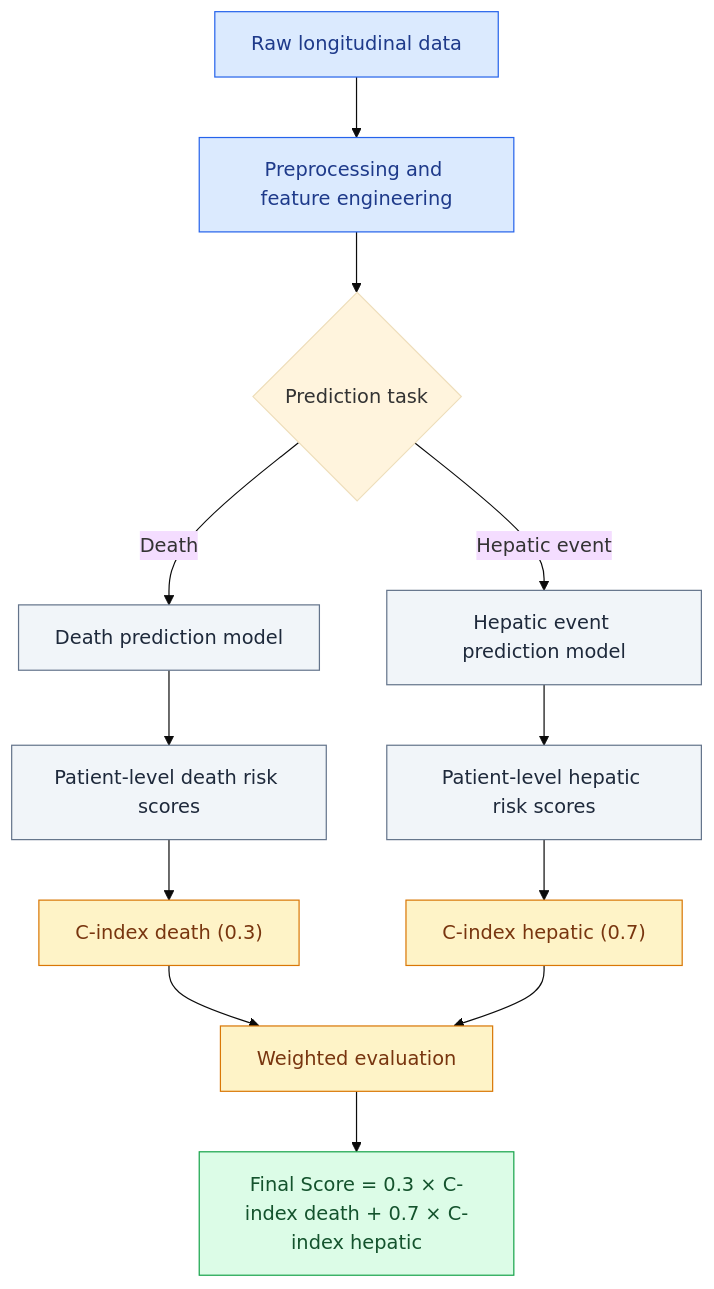
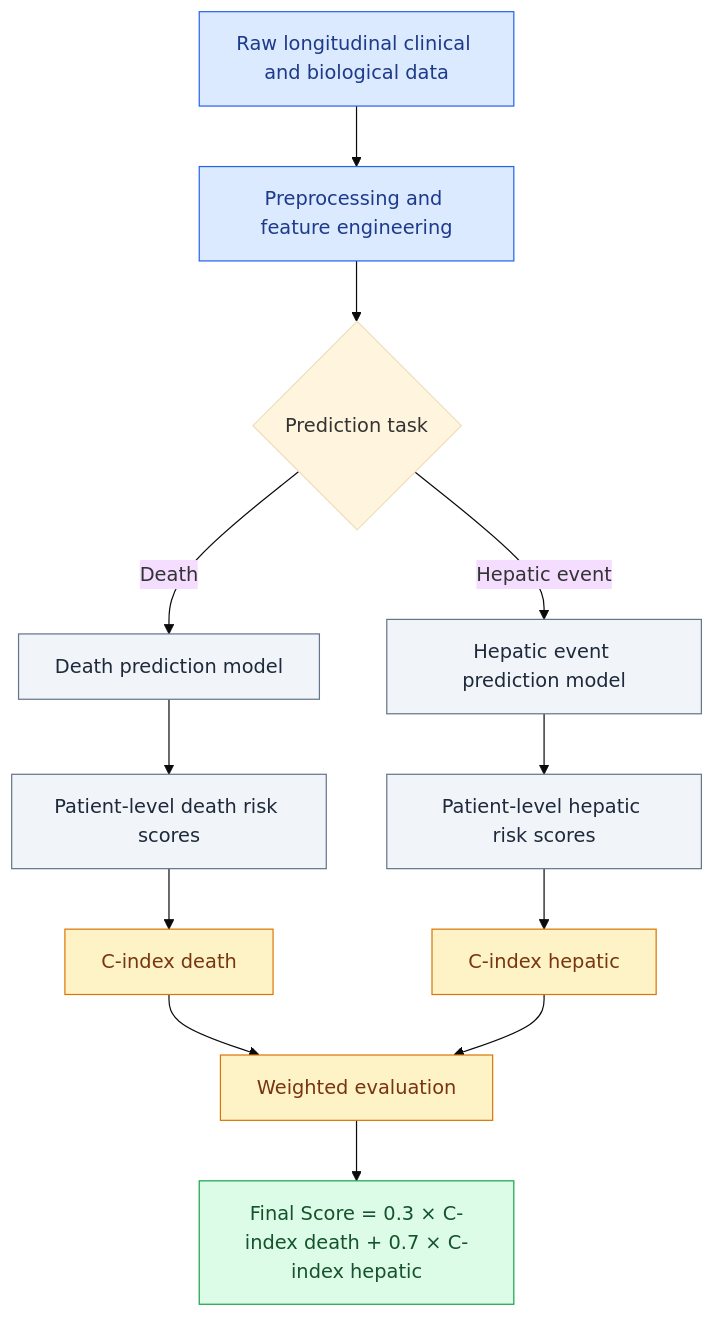
The diagram in README.md (Robenson-Muscat/Annitia), drawn with Mermaid (base theme) before and after one commit. The commit also changed other lines of this file, not shown here.

````diff
--- a/README.md
+++ b/README.md
@@ -65,30 +120,30 @@
 ```mermaid
 flowchart TD
-    A["Raw longitudinal data"] --> B["Preprocessing and feature engineering"]
+    A["Raw longitudinal clinical and biological data"] --> B["Preprocessing and feature engineering"]
 
     B --> C{"Prediction task"}
 
     C -->|Death| D["Death prediction model"]
     C -->|Hepatic event| E["Hepatic event prediction model"]
 
     D --> F["Patient-level death risk scores"]
     E --> G["Patient-level hepatic risk scores"]
 
-    F --> H["C-index death (0.3)"]
-    G --> I["C-index hepatic (0.7)"]
+    F --> H["C-index death "]
+    G --> I["C-index hepatic "]
 
     H --> J["Weighted evaluation"]
     I --> J
 
     J --> K["Final Score = 0.3 × C-index death + 0.7 × C-index hepatic"]
 
     classDef input fill:#dbeafe,stroke:#2563eb,color:#1e3a8a
     classDef model fill:#f1f5f9,stroke:#64748b,color:#1e293b
     classDef evaluation fill:#fef3c7,stroke:#d97706,color:#78350f
     classDef output fill:#dcfce7,stroke:#16a34a,color:#14532d
 
     class A,B input
     class D,E,F,G model
     class H,I,J evaluation
     class K output
 ```
````
